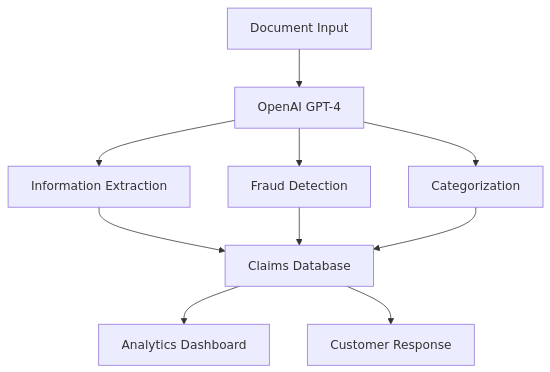
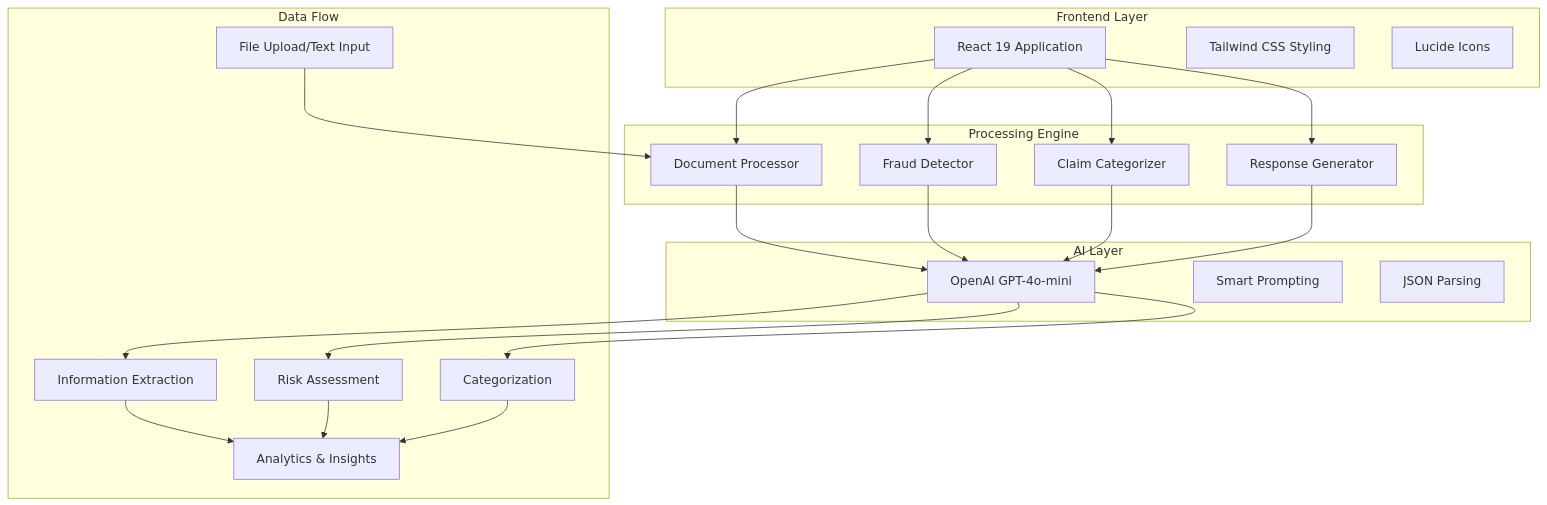
Before and after one commit to Husayn01/NeuroClaim: the first of 3 diagrams in README.md, drawn with Mermaid. The commit also changed other lines of this file, not shown here.

````diff
--- a/README.md
+++ b/README.md
@@ -42,12 +51,46 @@
 ```mermaid
-graph TD
-    A[Document Input] --> B[OpenAI GPT-4]
-    B --> C[Information Extraction]
-    B --> D[Fraud Detection]
-    B --> E[Categorization]
-    C --> F[Claims Database]
-    D --> F
-    E --> F
-    F --> G[Analytics Dashboard]
-    F --> H[Customer Response]
+graph TB
+    subgraph "Frontend Layer"
+        A[React 19 Application]
+        B[Tailwind CSS Styling]
+        C[Lucide Icons]
+    end
+    
+    subgraph "Processing Engine"
+        D[Document Processor]
+        E[Fraud Detector]
+        F[Claim Categorizer]
+        G[Response Generator]
+    end
+    
+    subgraph "AI Layer"
+        H[OpenAI GPT-4o-mini]
+        I[Smart Prompting]
+        J[JSON Parsing]
+    end
+    
+    subgraph "Data Flow"
+        K[File Upload/Text Input]
+        L[Information Extraction]
+        M[Risk Assessment]
+        N[Categorization]
+        O[Analytics & Insights]
+    end
+    
+    K --> D
+    D --> H
+    E --> H
+    F --> H
+    G --> H
+    H --> L
+    H --> M
+    H --> N
+    L --> O
+    M --> O
+    N --> O
+    
+    A --> D
+    A --> E
+    A --> F
+    A --> G
 ```
````
